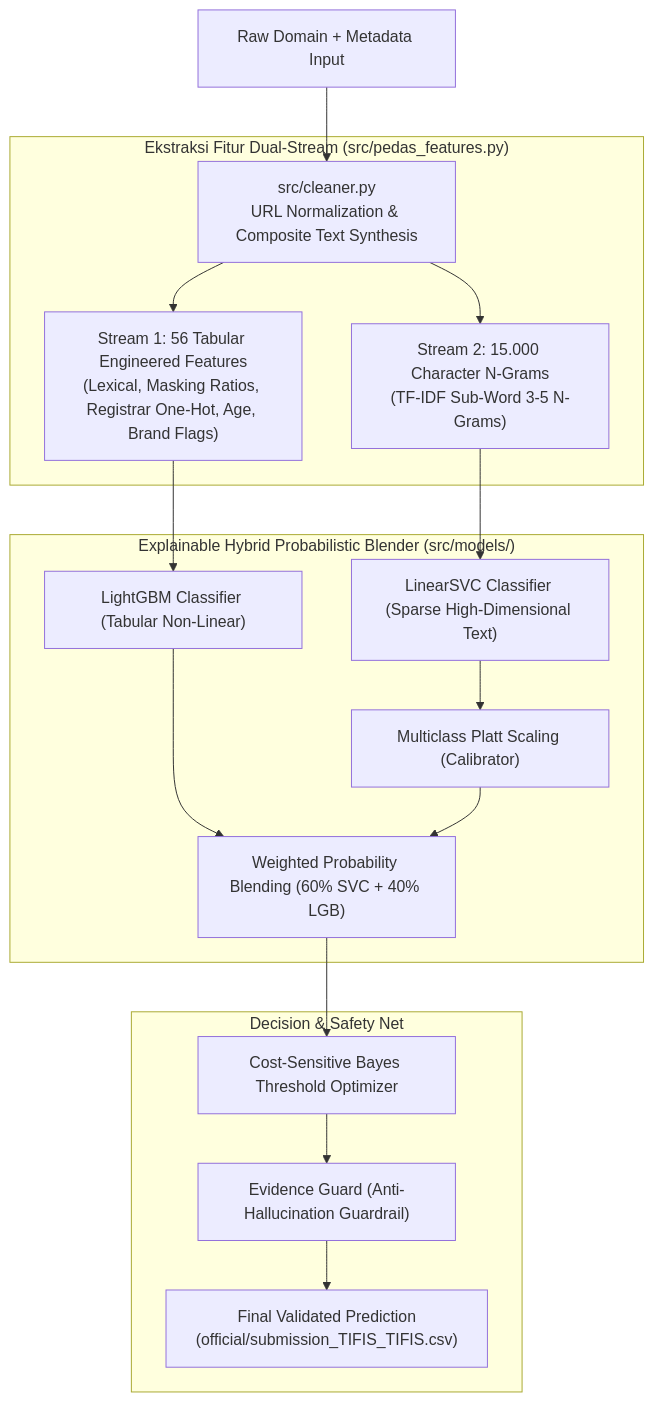
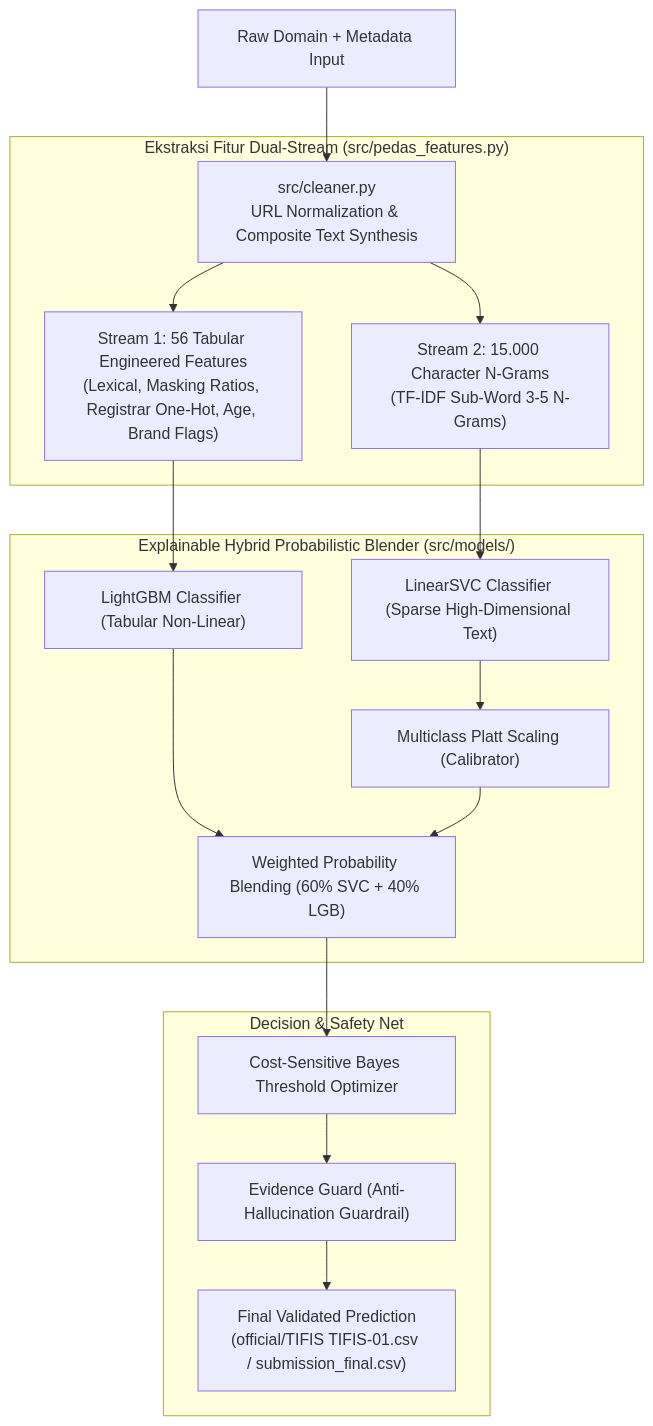
One commit to caerdfasgrae/PEDAS-2026 changed the first of 2 diagrams in README.md. Above: the diagram before and after it, drawn with Mermaid. The commit also changed other lines of this file and 25 other files, not shown here.

````diff
--- a/README.md
+++ b/README.md
@@ -118,22 +119,22 @@
 ```mermaid
 flowchart TD
     A["Raw Domain + Metadata Input"] --> B["src/cleaner.py<br/>URL Normalization & Composite Text Synthesis"]
     
     subgraph FE ["Ekstraksi Fitur Dual-Stream (src/pedas_features.py)"]
         B --> B1["Stream 1: 56 Tabular Engineered Features<br/>(Lexical, Masking Ratios, Registrar One-Hot, Age, Brand Flags)"]
         B --> B2["Stream 2: 15.000 Character N-Grams<br/>(TF-IDF Sub-Word 3-5 N-Grams)"]
     end
     
     subgraph Blender ["Explainable Hybrid Probabilistic Blender (src/models/)"]
         B1 --> M1["LightGBM Classifier (Tabular Non-Linear)"]
         B2 --> M2["LinearSVC Classifier (Sparse High-Dimensional Text)"]
         M2 --> CAL["Multiclass Platt Scaling (Calibrator)"]
         M1 & CAL --> COMB["Weighted Probability Blending (60% SVC + 40% LGB)"]
     end
     
     subgraph DecisionEngine ["Decision & Safety Net"]
         COMB --> THRESH["Cost-Sensitive Bayes Threshold Optimizer"]
         THRESH --> GUARD["Evidence Guard (Anti-Hallucination Guardrail)"]
-        GUARD --> OUT["Final Validated Prediction<br/>(official/submission_TIFIS_TIFIS.csv)"]
+        GUARD --> OUT["Final Validated Prediction<br/>(official/TIFIS TIFIS-01.csv / submission_final.csv)"]
     end
 ```
````
